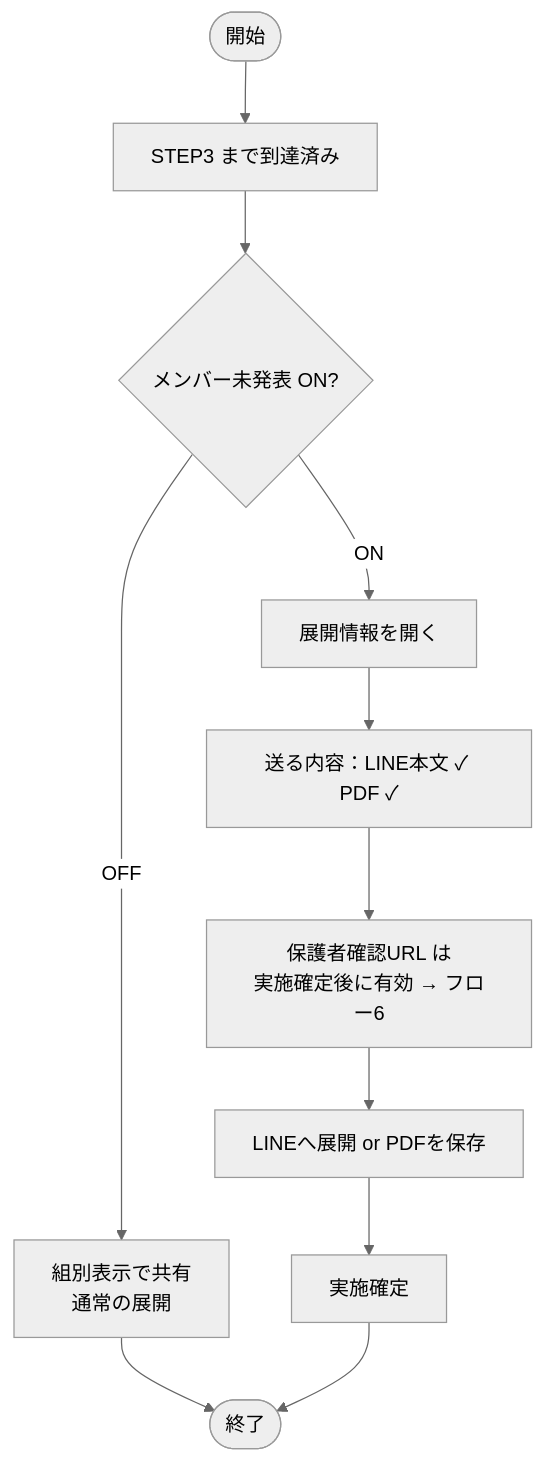
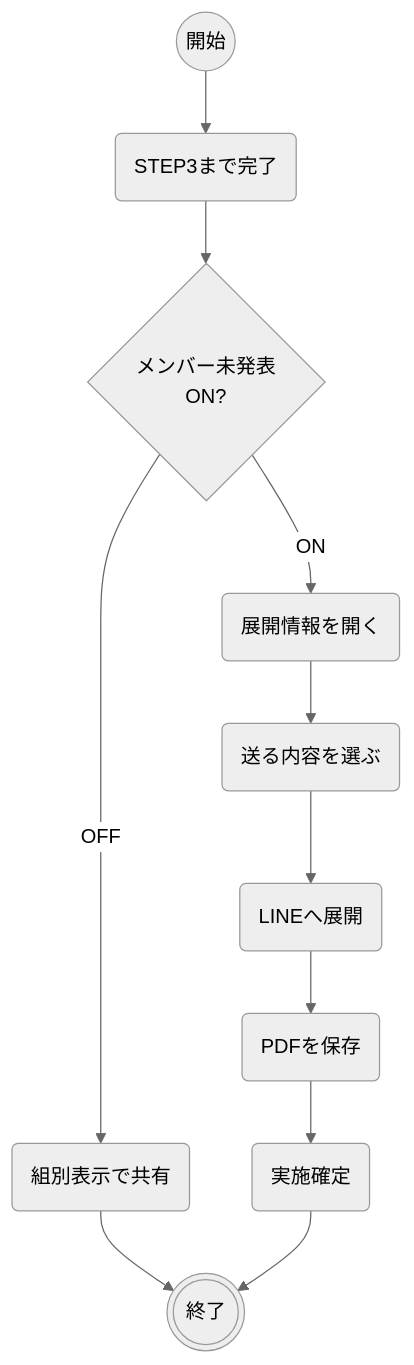
One commit to tcb15-admin/tcb-tools changed the third of 9 diagrams in boys15/docs/TCB-MAN-001_道具割り振りツール_操作マニュアル_v1.5.md. Above: the diagram before and after it, drawn with Mermaid (neutral theme). The commit also changed other lines of this file and 3 other files, not shown here.

First line of the commit message:
docs: 15期マニュアルv1.11でフロー図のPDFレイアウトを改善

````diff
--- a/boys15/docs/TCB-MAN-001_道具割り振りツール_操作マニュアル_v1.5.md
+++ b/boys15/docs/TCB-MAN-001_道具割り振りツール_操作マニュアル_v1.5.md
@@ -162,13 +180,13 @@
 ```mermaid
 flowchart TD
-    S([開始]) --> P3[STEP3 まで到達済み]
-    P3 --> MU{メンバー未発表 ON?}
-    MU -->|OFF| N[組別表示で共有<br/>通常の展開]
-    N --> E([終了])
-    MU -->|ON| OP[展開情報を開く]
-    OP --> OPT[送る内容：LINE本文 ✓ PDF ✓]
-    OPT --> NOTE[保護者確認URL は<br/>実施確定後に有効 → フロー6]
-    NOTE --> SEND[LINEへ展開 or PDFを保存]
-    SEND --> CF[実施確定]
+    S((開始)) --> P3(STEP3まで完了)
+    P3 --> MU{メンバー未発表<br/>ON?}
+    MU -->|OFF| N(組別表示で共有)
+    N --> E(((終了)))
+    MU -->|ON| OP(展開情報を開く)
+    OP --> OPT(送る内容を選ぶ)
+    OPT --> SEND(LINEへ展開)
+    SEND --> PDF(PDFを保存)
+    PDF --> CF(実施確定)
     CF --> E
 ```
````
